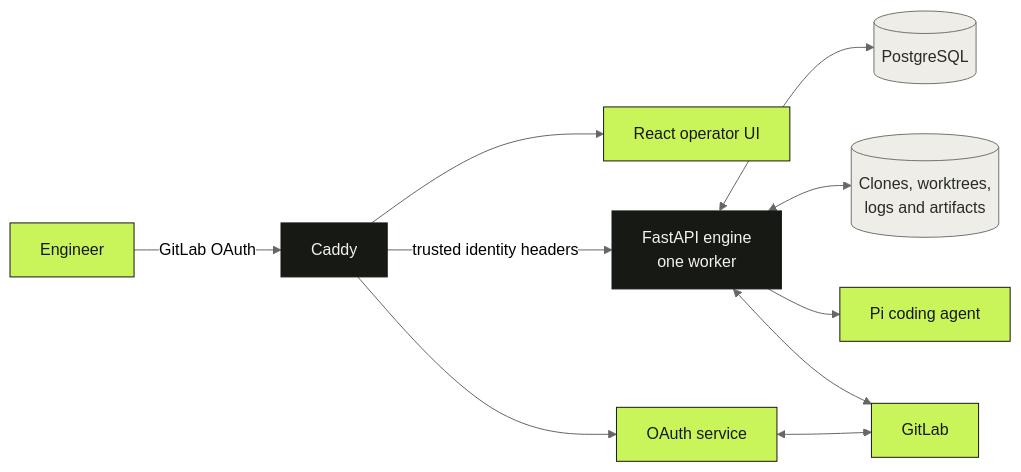
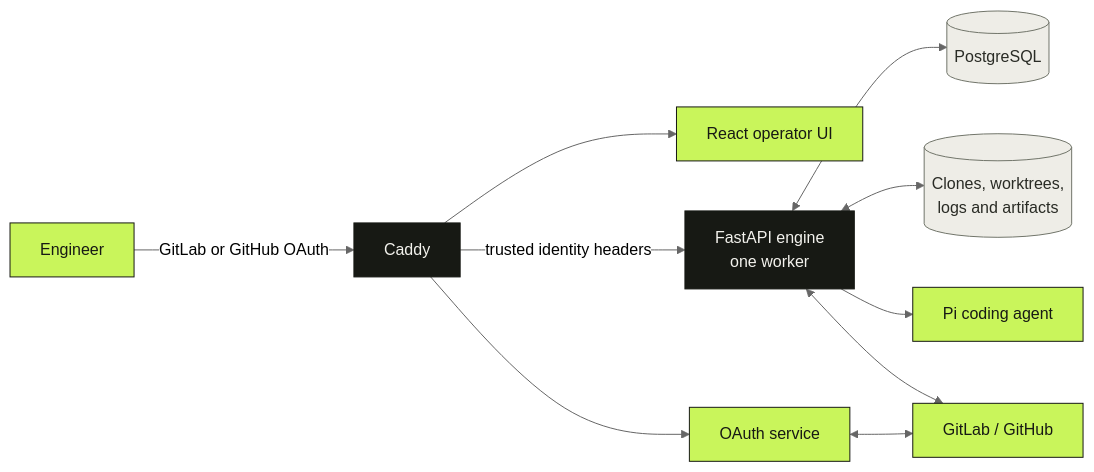
Before and after one commit to anomaes/Kyron: the diagram in README.md, drawn with Mermaid (neutral theme). The commit also changed other lines of this file and 59 other files, not shown here.

````diff
--- a/README.md
+++ b/README.md
@@ -63,19 +63,19 @@
 ```mermaid
 flowchart LR
-    U[Engineer] -->|GitLab OAuth| C[Caddy]
+    U[Engineer] -->|GitLab or GitHub OAuth| C[Caddy]
     C --> UI[React operator UI]
     C -->|trusted identity headers| API[FastAPI engine<br/>one worker]
     C --> AUTH[OAuth service]
-    AUTH <--> GL[GitLab]
+    AUTH <--> HOST[GitLab / GitHub]
     API <--> DB[(PostgreSQL)]
     API <--> FS[(Clones, worktrees,<br/>logs and artifacts)]
     API --> PI[Pi coding agent]
-    API <--> GL
+    API <--> HOST
 
     classDef edge fill:#c9f55b,stroke:#171914,color:#171914;
     classDef core fill:#171914,stroke:#171914,color:#f3f2ed;
     classDef store fill:#eeeDE7,stroke:#71756a,color:#292b25;
     class C,API core;
-    class U,UI,AUTH,PI,GL edge;
+    class U,UI,AUTH,PI,HOST edge;
     class DB,FS store;
 ```
````
